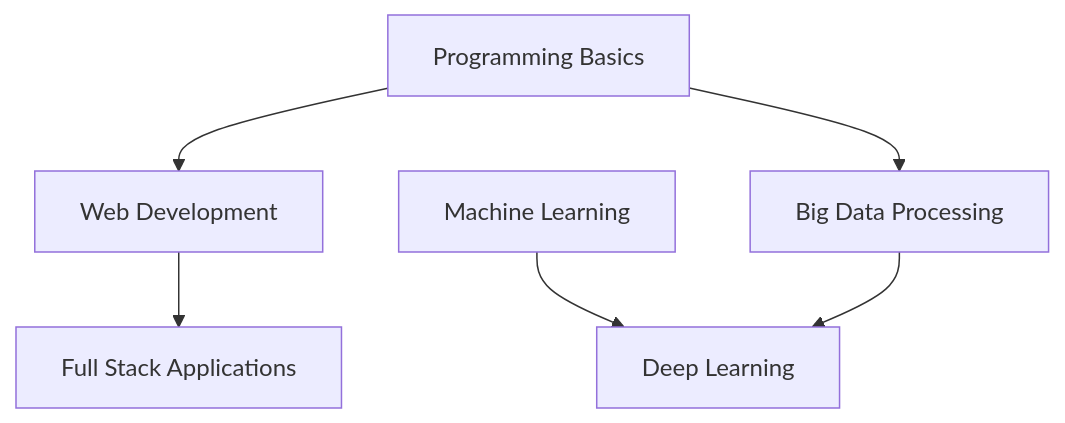
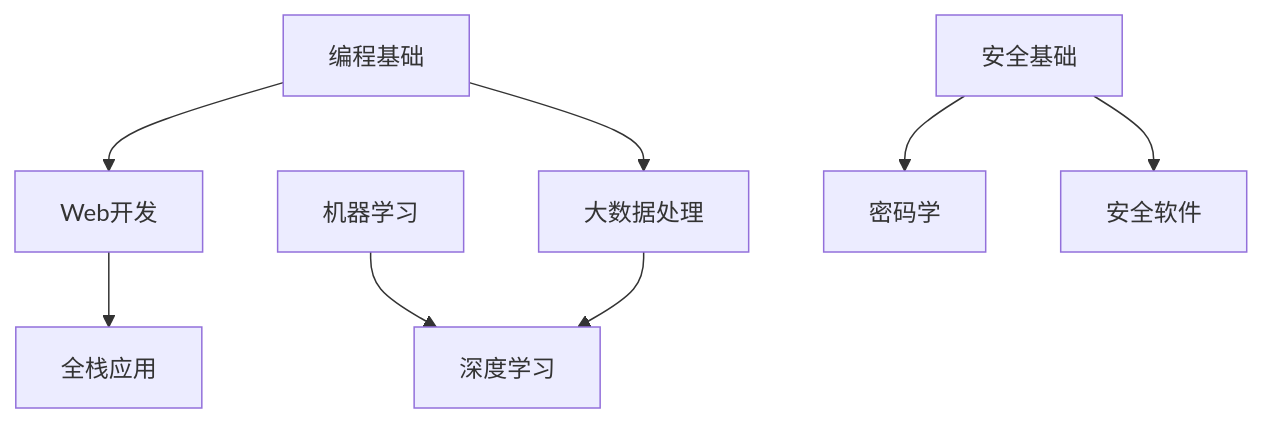
One commit to neverbiasu/awesome-uofg-msc-cs changed the diagram in notes/zh/semester-2/index.mdx. Above: the diagram before and after it, drawn with Mermaid. The commit also changed other lines of this file and 10 other files, not shown here.

````diff
--- a/notes/zh/semester-2/index.mdx
+++ b/notes/zh/semester-2/index.mdx
@@ -43,8 +60,10 @@
 ```mermaid
 graph TD
-    A[Programming Basics] --> B[Web Development]
-    A --> C[Big Data Processing]
-    D[Machine Learning] --> E[Deep Learning]
+    A[编程基础] --> B[Web开发]
+    A --> C[大数据处理]
+    D[机器学习] --> E[深度学习]
     C --> E
-    B --> F[Full Stack Applications]
+    B --> F[全栈应用]
+    G[安全基础] --> H[密码学]
+    G --> I[安全软件]
 ```
````
